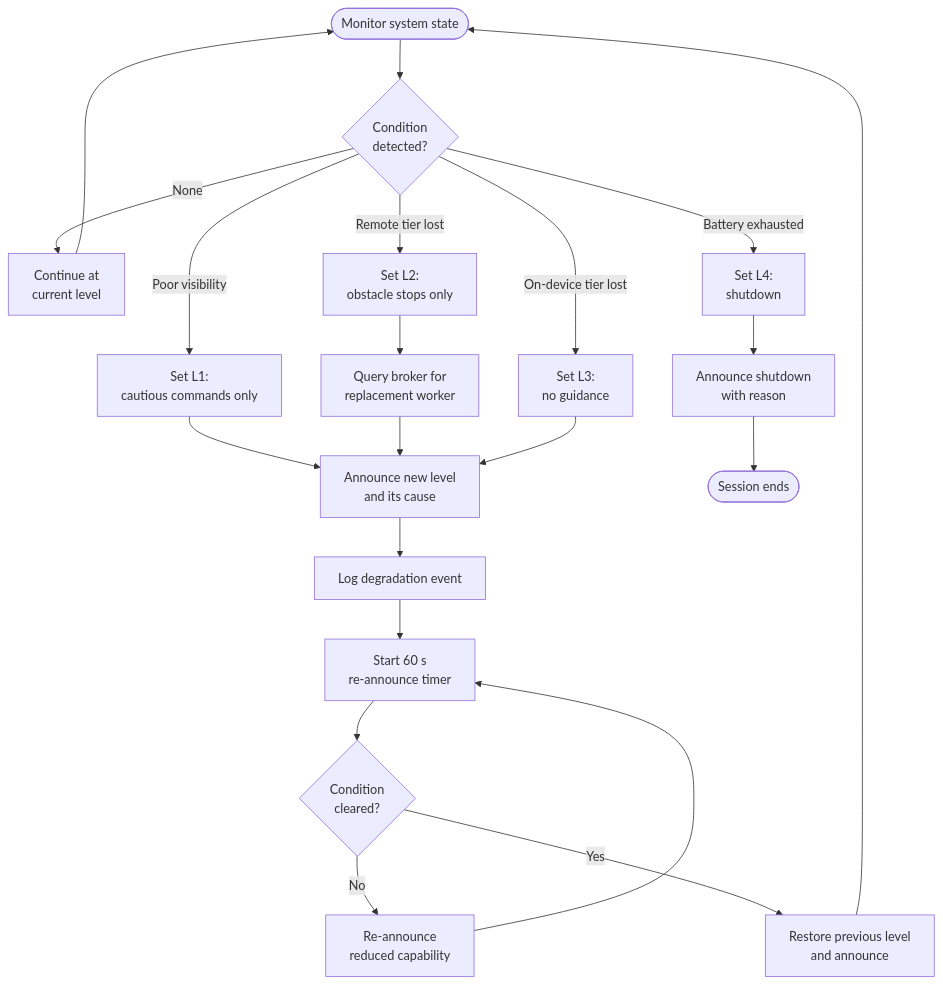
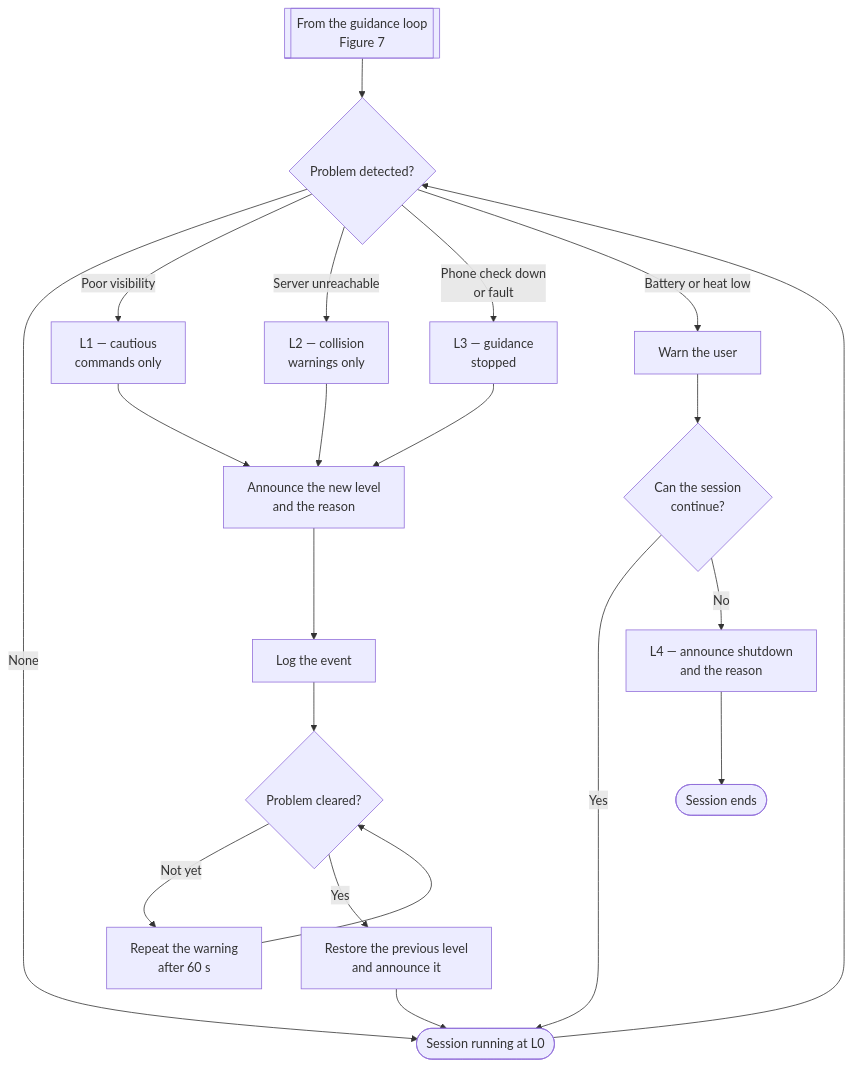
One commit to shahalam22/WalkSafe changed the ninth of 14 diagrams in docs/SRS.md. Above: the diagram before and after it, drawn with Mermaid. The commit also changed other lines of this file and 1 other file, not shown here.

Commit message:
commit: Base draft after 1st go through...

````diff
--- a/docs/SRS.md
+++ b/docs/SRS.md
@@ -613,26 +600,26 @@
 ```mermaid
 flowchart TD
-    MON([Monitor system state]) --> CHECK{Condition<br/>detected?}
-    CHECK -->|None| WAIT[Continue at<br/>current level]
-    WAIT --> MON
+    IN[["From the guidance loop<br/>Figure 7"]] --> B
+    A([Session running at L0]) --> B{Problem detected?}
+    B -->|None| A
 
-    CHECK -->|Poor visibility| L1[Set L1:<br/>cautious commands only]
-    CHECK -->|Remote tier lost| L2[Set L2:<br/>obstacle stops only]
-    CHECK -->|On-device tier lost| L3[Set L3:<br/>no guidance]
-    CHECK -->|Battery exhausted| L4[Set L4:<br/>shutdown]
+    B -->|Poor visibility| C["L1 — cautious<br/>commands only"]
+    B -->|Server unreachable| D["L2 — collision<br/>warnings only"]
+    B -->|Phone check down<br/>or fault| E["L3 — guidance<br/>stopped"]
+    B -->|Battery or heat low| F["Warn the user"]
 
-    L1 --> ANN[Announce new level<br/>and its cause]
-    L2 --> RETRY[Query broker for<br/>replacement worker]
-    RETRY --> ANN
-    L3 --> ANN
-    L4 --> ANNF[Announce shutdown<br/>with reason]
-    ANNF --> STOP([Session ends])
+    C --> I
+    D --> I
+    E --> I
+    I["Announce the new level<br/>and the reason"] --> J["Log the event"]
+    J --> K{Problem cleared?}
+    K -->|Not yet| M["Repeat the warning<br/>after 60 s"]
+    M --> K
+    K -->|Yes| N["Restore the previous level<br/>and announce it"]
+    N --> A
 
-    ANN --> LOGE[Log degradation event]
-    LOGE --> TIMER[Start 60 s<br/>re-announce timer]
-    TIMER --> RECOVER{Condition<br/>cleared?}
-    RECOVER -->|No| REANN[Re-announce<br/>reduced capability]
-    REANN --> TIMER
-    RECOVER -->|Yes| RESTORE[Restore previous level<br/>and announce]
-    RESTORE --> MON
+    F --> G{Can the session<br/>continue?}
+    G -->|Yes| A
+    G -->|No| H["L4 — announce shutdown<br/>and the reason"]
+    H --> Z([Session ends])
 ```
````
